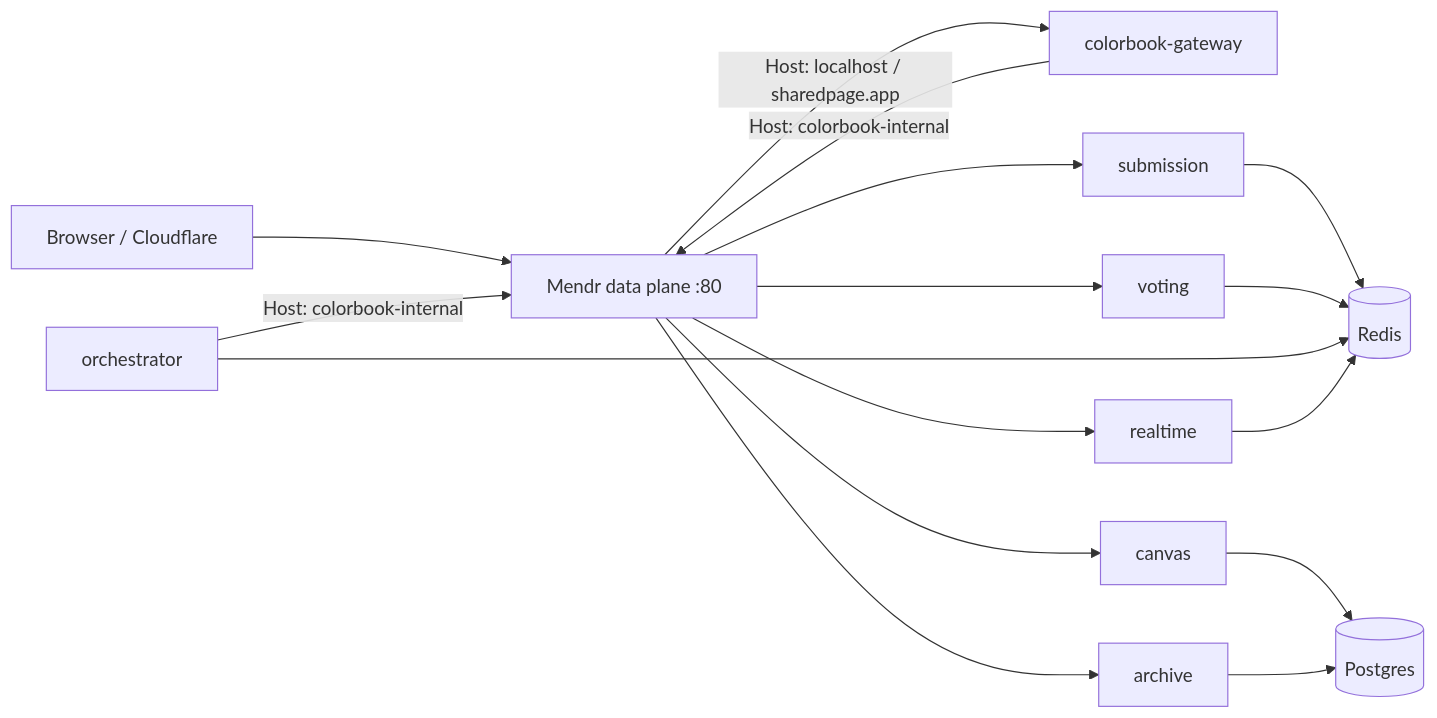
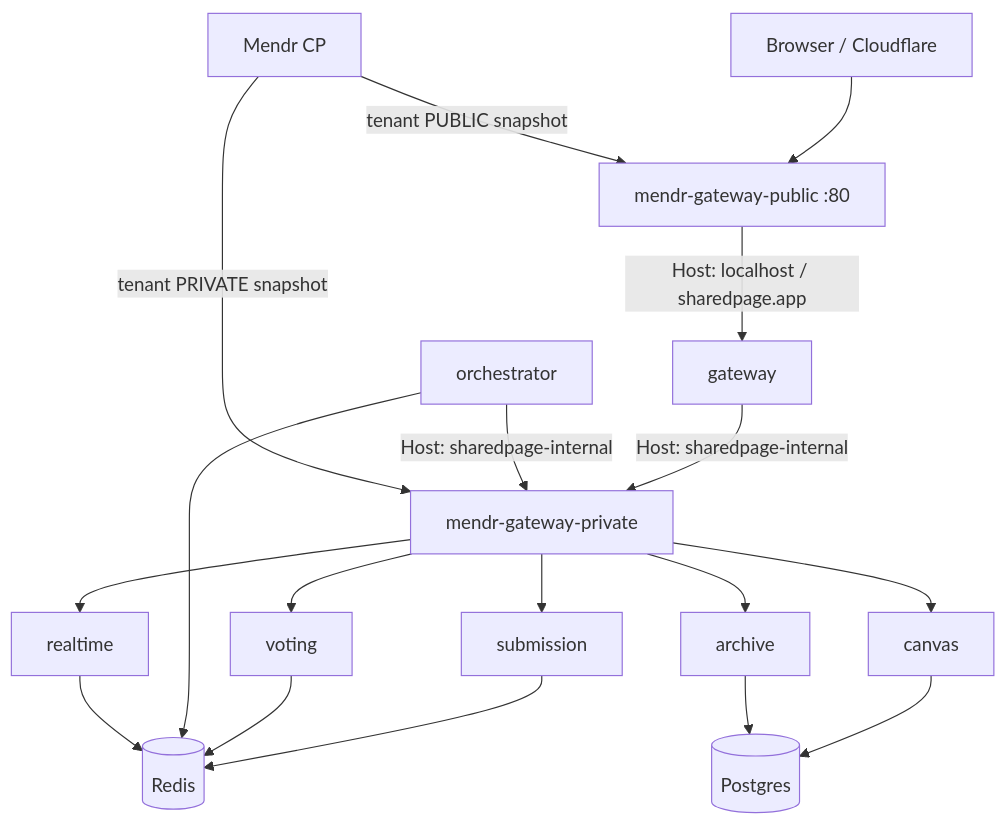
One commit to ashcode64/letswritetogether changed the diagram in docs/MENDR_INTEGRATION.md. Above: the diagram before and after it, drawn with Mermaid. The commit also changed other lines of this file and 23 other files, not shown here.

First line of the commit message:
Split Mendr into public and private edges with sharedpage service names.

````diff
--- a/docs/MENDR_INTEGRATION.md
+++ b/docs/MENDR_INTEGRATION.md
@@ -7,18 +7,20 @@
 ```mermaid
-flowchart LR
-  browser[Browser / Cloudflare] --> mendr[Mendr data plane :80]
-  mendr -->|"Host: localhost / sharedpage.app"| gw[colorbook-gateway]
-  gw -->|"Host: colorbook-internal"| mendr
-  orch[orchestrator] -->|"Host: colorbook-internal"| mendr
-  mendr --> sub[submission]
-  mendr --> vote[voting]
-  mendr --> canvas[canvas]
-  mendr --> rt[realtime]
-  mendr --> arch[archive]
+flowchart TB
+  browser[Browser / Cloudflare] --> pub[mendr-gateway-public :80]
+  pub -->|"Host: localhost / sharedpage.app"| gw[gateway]
+  gw -->|"Host: sharedpage-internal"| priv[mendr-gateway-private]
+  orch[orchestrator] -->|"Host: sharedpage-internal"| priv
+  priv --> sub[submission]
+  priv --> vote[voting]
+  priv --> canvas[canvas]
+  priv --> rt[realtime]
+  priv --> arch[archive]
+  cp[Mendr CP] -->|"tenant PUBLIC snapshot"| pub
+  cp -->|"tenant PRIVATE snapshot"| priv
   sub --> redis[(Redis)]
   vote --> redis
   orch --> redis
   rt --> redis
   canvas --> pg[(Postgres)]
   arch --> pg
 ```
````
